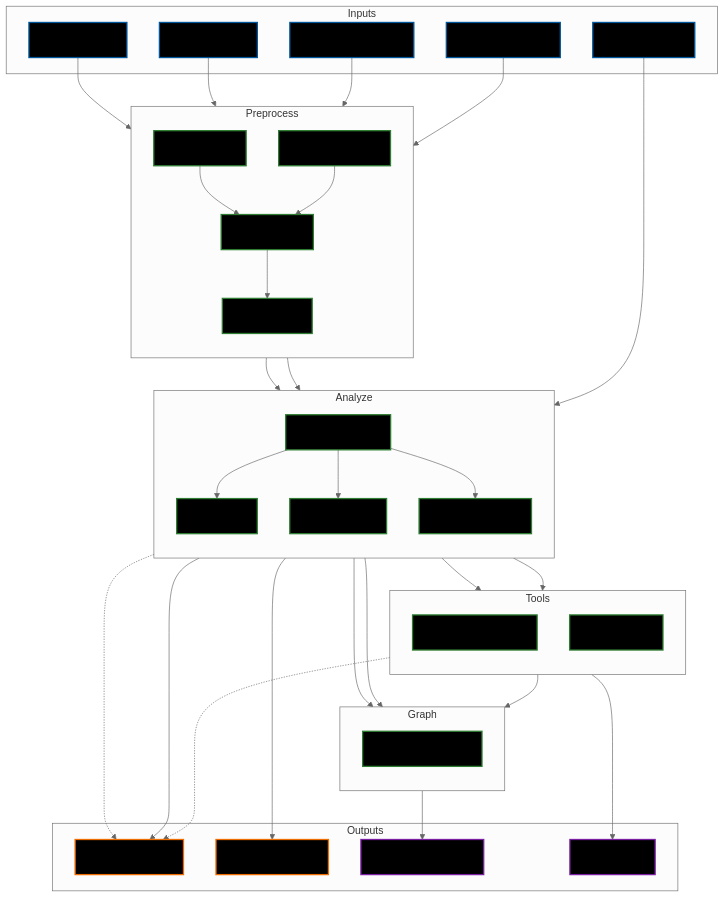
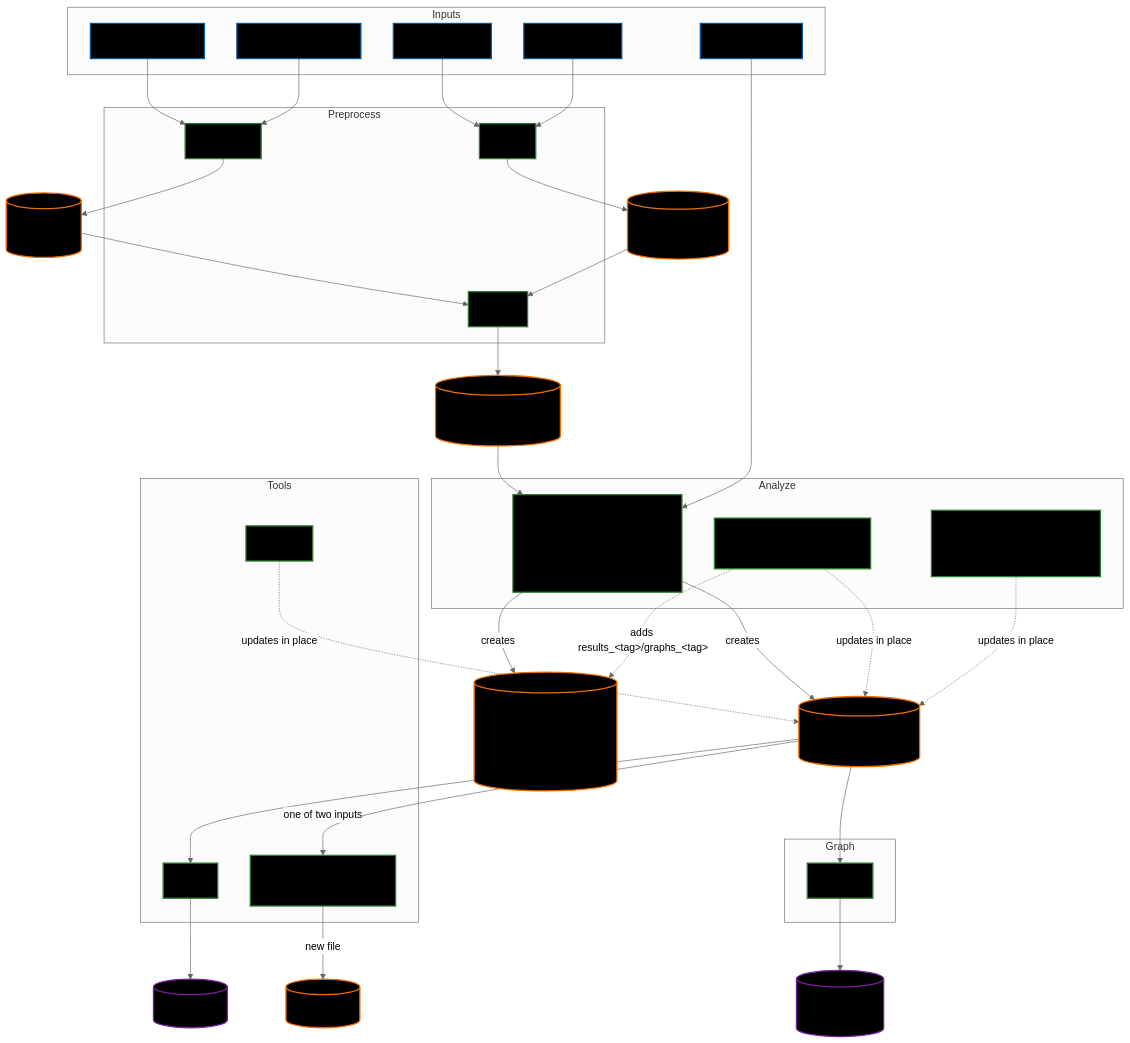
One commit to alba1735/tRNAgraph changed the diagram in docs/advanced_usage.md. Above: the diagram before and after it, drawn with Mermaid (neutral theme). The commit also changed other lines of this file and 9 other files, not shown here.

````diff
--- a/docs/advanced_usage.md
+++ b/docs/advanced_usage.md
@@ -7,82 +7,68 @@
 ```mermaid
 graph TD
     %% Classes
     classDef input fill:#000000,stroke:#01579b,stroke-width:2px;
     classDef process fill:#000000,stroke:#2e7d32,stroke-width:2px;
     classDef storage fill:#000000,stroke:#ef6c00,stroke-width:2px;
     classDef output fill:#000000,stroke:#7b1fa2,stroke-width:2px;
 
     subgraph Inputs
         M[Manifest File]
         MD[Metadata File]
         FQ[FASTQ Files]
         G[Genome FASTA]
         T[tRNA Scan Output]
     end
 
     subgraph Preprocess
-        direction TB
-        DB[Make Database]
-        TR[Trim Reads]
-        MP[Map Reads]
-        SP[Split BAMs]
+        DB[makedb]
+        TR[trim]
+        MP[map]
 
         G & T --> DB
         FQ & M --> TR
-        TR --> MP
-        DB --> MP
-        MP --> SP
     end
 
+    IDX[("Bowtie2 index\n&lt;output&gt;.*.bt2")]
+    TRIMMED[("Trimmed reads\nprocessed/trimmed/")]
+    DB --> IDX --> MP
+    TR --> TRIMMED --> MP
+
+    BAMDIR[("BAM directory\nprocessed/&lt;name&gt;/bam/")]
+    MP --> BAMDIR
+
     subgraph Analyze
-        direction TB
-        B[Build AnnData]
-        AS[Add Split]
-        C[Cluster Data]
-        MG[Merge Datasets]
-
-        MP & MD --> B
-        SP --> B
-        B --> AS
-        B --> C
-        B --> MG
+        B["build\n(--readlengthsplit: split reads by\nlength internally, temp BAMs)"]
+        AS["addsplit\n(adds another split cutoff)"]
+        C["cluster\n(adds UMAP/HDBSCAN labels)"]
     end
 
+    BAMDIR & MD --> B
+    ADATA[("AnnData object\n&lt;out_dir&gt;/&lt;name&gt;.h5ad")]
+    RESULTS[("Results directory\n&lt;out_dir&gt;/results/, graphs/\n(+ results_&lt;tag&gt;/graphs_&lt;tag&gt; per split)")]
+    B -->|creates| ADATA
+    B -->|creates| RESULTS
+    AS -.->|updates in place| ADATA
+    AS -.->|adds results_&lt;tag&gt;/graphs_&lt;tag&gt;| RESULTS
+    C -.->|updates in place| ADATA
+
     subgraph Tools
-        direction TB
-        L2FC[Log2 Fold Change]
-        CSV[Export CSV]
-
-        B --> L2FC
-        B --> CSV
+        L2FC[log2fc]
+        CSV[csv]
+        MG["merge\n(combines two objects)"]
     end
+    L2FC -.->|updates in place| ADATA
+    ADATA --> CSV --> CSVO[("CSV directory")]
+    ADATA -->|one of two inputs| MG -->|new file| MERGED[("Merged .h5ad")]
 
     subgraph Graph
-        direction TB
-        V[Generate Graphs]
-
-        C --> V
-        B --> V
-        L2FC --> V
+        V[graph]
     end
-
-    subgraph Outputs
-        H5[AnnData .h5ad]
-        H5C[Clustered .h5ad]
-        FIG[Figures PDF/PNG]
-        CSVO[CSV Files]
-    end
-
-    B --> H5
-    AS -.-> H5
-    C --> H5C
-    V --> FIG
-    CSV --> CSVO
-    L2FC -.-> H5
+    ADATA --> V --> FIG[("Figures directory\nPDF / PNG")]
 
     %% Apply Classes
     class M,MD,FQ,G,T input;
-    class DB,TR,MP,SP,B,AS,C,MG,L2FC,CSV,V process;
-    class H5,H5C storage;
+    class DB,TR,MP,B,AS,C,MG,L2FC,CSV,V process;
+    class IDX,TRIMMED,BAMDIR,ADATA,RESULTS,MERGED storage;
     class FIG,CSVO output;
 ```
````
